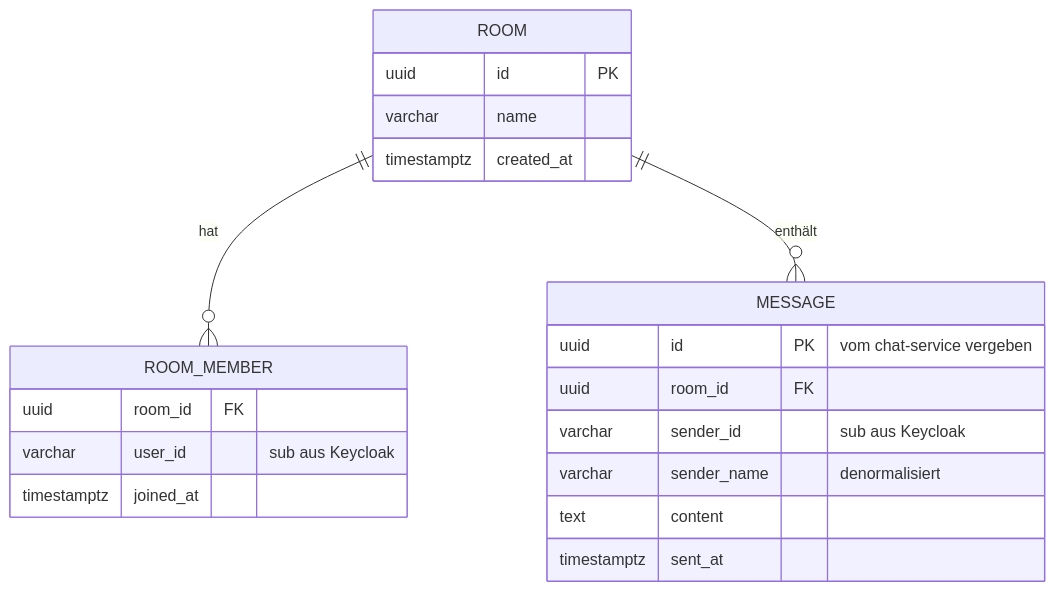
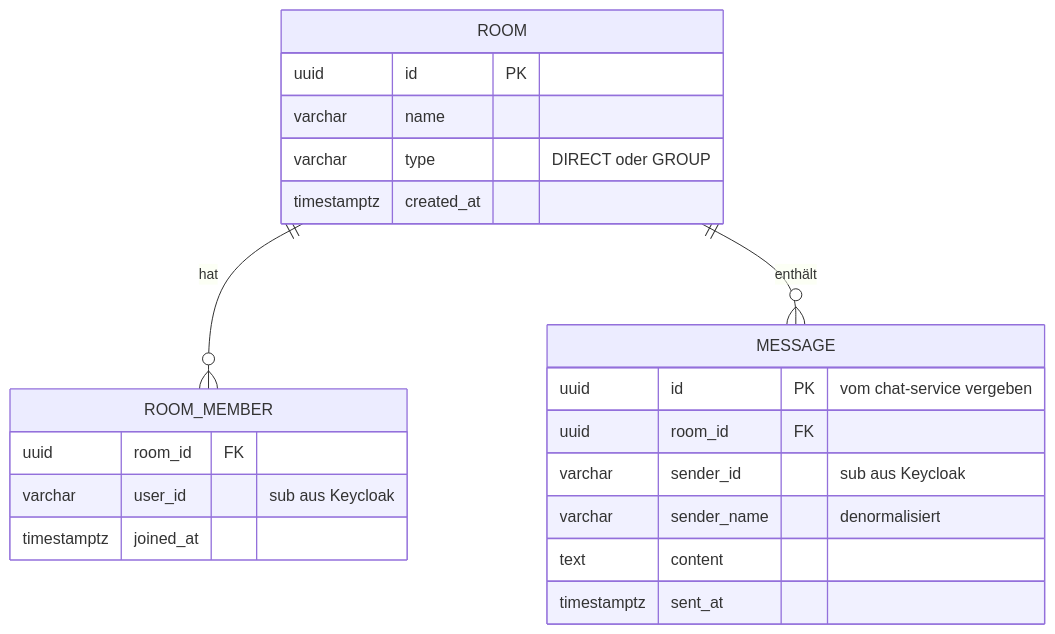
The fifth of 5 diagrams in PLANUNG.md (Flaewe/it3c-m321), drawn with Mermaid before and after one commit. The commit also changed other lines of this file, not shown here.

````diff
--- a/PLANUNG.md
+++ b/PLANUNG.md
@@ -239,24 +326,25 @@
 ```mermaid
 erDiagram
     ROOM ||--o{ ROOM_MEMBER : "hat"
     ROOM ||--o{ MESSAGE : "enthält"
 
     ROOM {
         uuid id PK
         varchar name
+        varchar type "DIRECT oder GROUP"
         timestamptz created_at
     }
     ROOM_MEMBER {
         uuid room_id FK
         varchar user_id "sub aus Keycloak"
         timestamptz joined_at
     }
     MESSAGE {
         uuid id PK "vom chat-service vergeben"
         uuid room_id FK
         varchar sender_id "sub aus Keycloak"
         varchar sender_name "denormalisiert"
         text content
         timestamptz sent_at
     }
 ```
````
